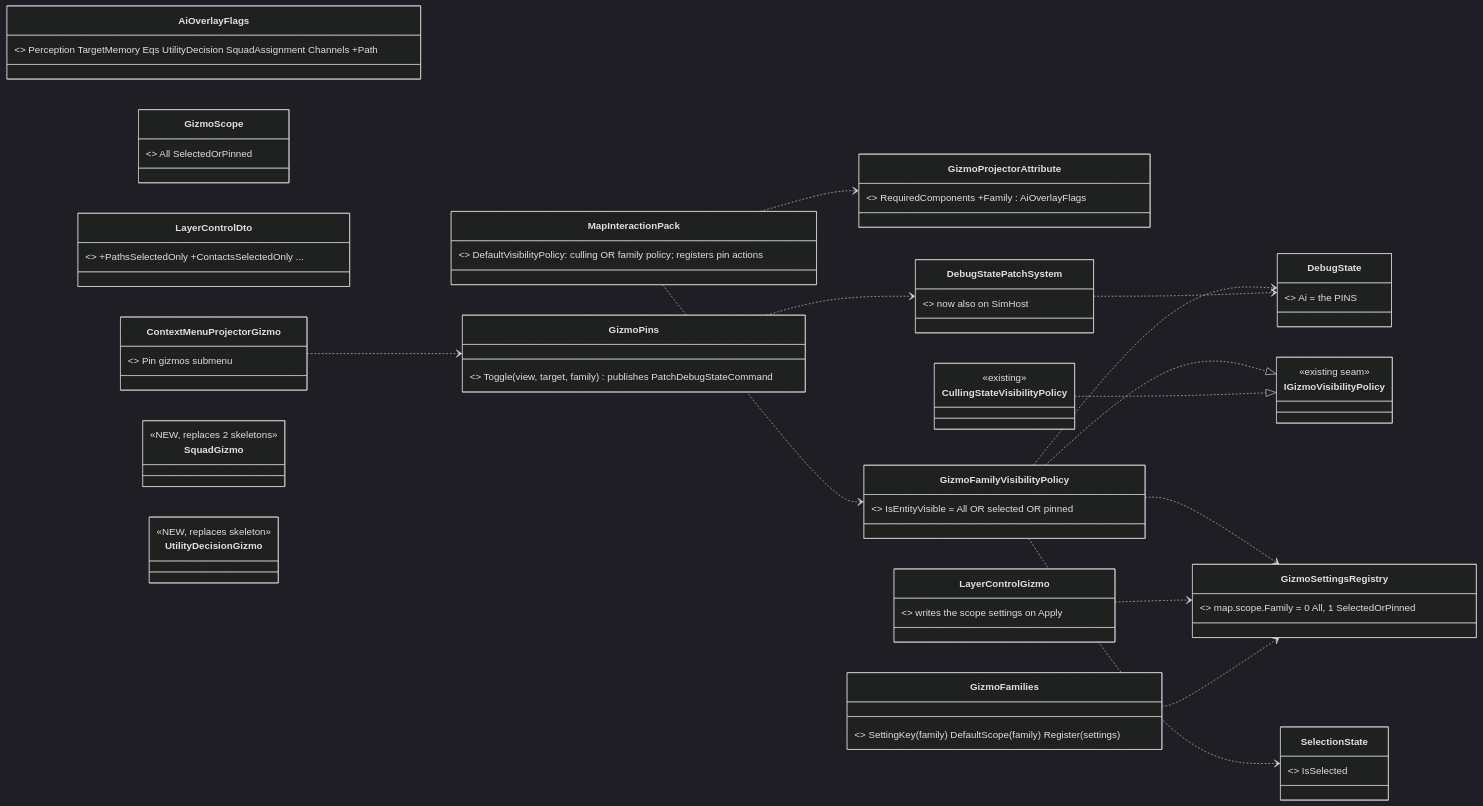
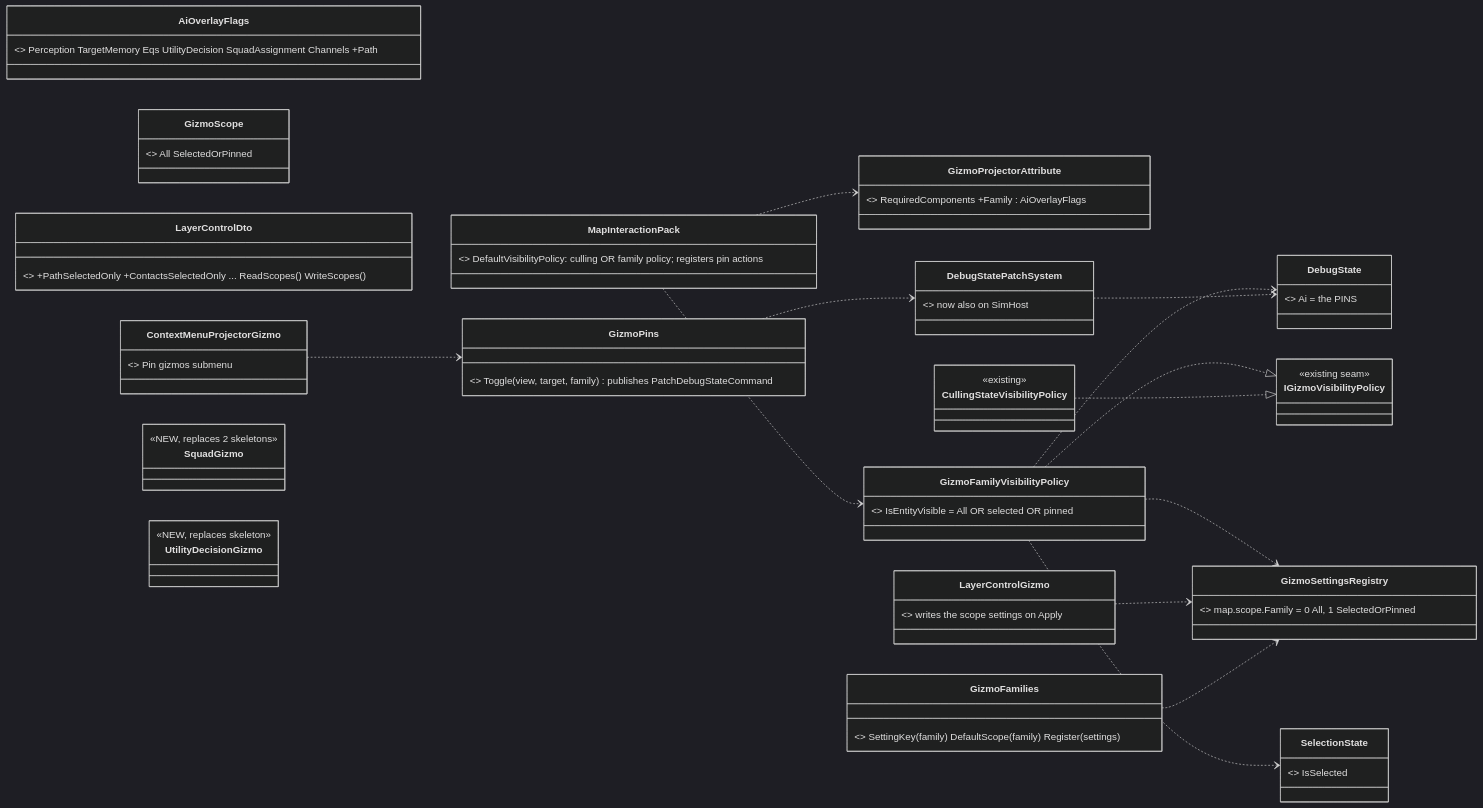
One commit to pjanec/HROT changed diagram 11 of 13 in docs/DESIGN_Terrain_Combat_Tuning.md. Above: the diagram before and after it, drawn with Mermaid (dark theme). The commit also changed other lines of this file and 36 other files, not shown here.

````diff
--- a/docs/DESIGN_Terrain_Combat_Tuning.md
+++ b/docs/DESIGN_Terrain_Combat_Tuning.md
@@ -547,34 +547,34 @@
 ```mermaid
 classDiagram
   direction LR
   class GizmoProjectorAttribute { <<existing, grows>> RequiredComponents +Family : AiOverlayFlags }
   class AiOverlayFlags { <<existing, grows>> Perception TargetMemory Eqs UtilityDecision SquadAssignment Channels +Path }
   class GizmoFamilies { <<NEW static>> SettingKey(family) DefaultScope(family) Register(settings) }
   class GizmoScope { <<NEW enum>> All SelectedOrPinned }
   class GizmoFamilyVisibilityPolicy { <<NEW>> IsEntityVisible = All OR selected OR pinned }
   class IGizmoVisibilityPolicy { <<existing seam>> }
   class CullingStateVisibilityPolicy { <<existing>> }
   class MapInteractionPack { <<existing, grows>> DefaultVisibilityPolicy: culling OR family policy; registers pin actions }
   class GizmoSettingsRegistry { <<existing>> map.scope.Family = 0 All, 1 SelectedOrPinned }
-  class LayerControlDto { <<existing, grows>> +PathsSelectedOnly +ContactsSelectedOnly ... }
+  class LayerControlDto { <<existing, grows>> +PathSelectedOnly +ContactsSelectedOnly ... ReadScopes() WriteScopes() }
   class LayerControlGizmo { <<existing, grows>> writes the scope settings on Apply }
   class DebugState { <<existing>> Ai = the PINS }
   class GizmoPins { <<NEW>> Toggle(view, target, family) publishes PatchDebugStateCommand }
   class DebugStatePatchSystem { <<existing>> now also on SimHost }
   class ContextMenuProjectorGizmo { <<existing, grows>> Pin gizmos submenu }
   class SelectionState { <<existing>> IsSelected }
   class SquadGizmo { <<NEW, replaces 2 skeletons>> }
   class UtilityDecisionGizmo { <<NEW, replaces skeleton>> }
   GizmoFamilyVisibilityPolicy ..|> IGizmoVisibilityPolicy
   CullingStateVisibilityPolicy ..|> IGizmoVisibilityPolicy
   GizmoFamilyVisibilityPolicy ..> GizmoSettingsRegistry
   GizmoFamilyVisibilityPolicy ..> SelectionState
   GizmoFamilyVisibilityPolicy ..> DebugState
   MapInteractionPack ..> GizmoFamilyVisibilityPolicy
   MapInteractionPack ..> GizmoProjectorAttribute
   LayerControlGizmo ..> GizmoSettingsRegistry
   ContextMenuProjectorGizmo ..> GizmoPins
   GizmoPins ..> DebugStatePatchSystem
   DebugStatePatchSystem ..> DebugState
   GizmoFamilies ..> GizmoSettingsRegistry
 ```
````
